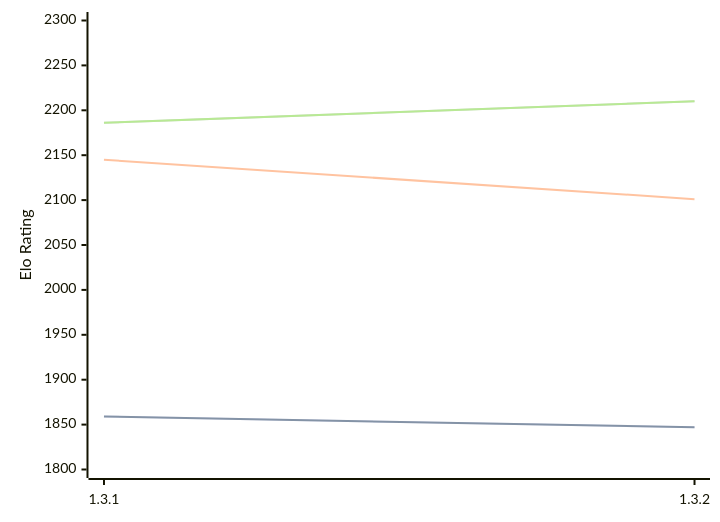
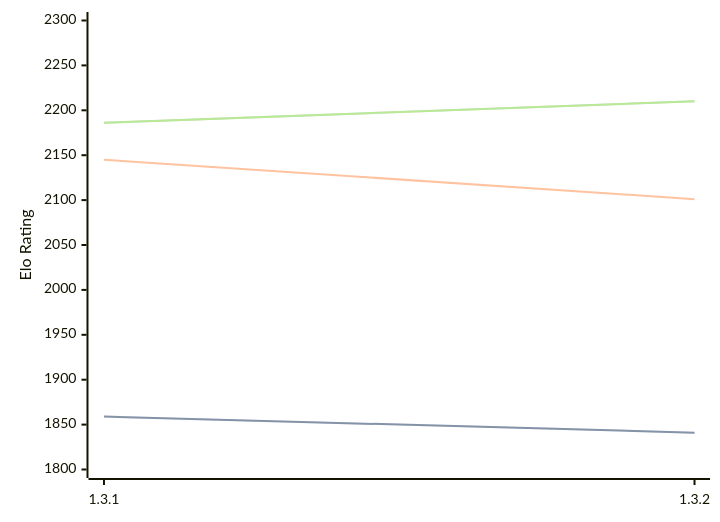
Before and after one commit to computer-chess-index/cci: the diagram in engines/Zugblitz.md, drawn with Mermaid. The commit also changed other lines of this file, not shown here.

````diff
--- a/engines/Zugblitz.md
+++ b/engines/Zugblitz.md
@@ -32,11 +32,11 @@
 ```mermaid
 %%{init: {"theme":"base","themeVariables":{"seriesColors:['#a3a3a3','#222221','#faa371']}}}%%
 xychart-beta
   x-axis ["1.3.1", "1.3.2"]
   y-axis "Elo Rating" 1800 --> 2300
-  line "" [1859, 1847]
-  line "STC (8.0+0.08s)" [1859, 1847]
+  line "" [1859, 1841]
+  line "STC (8.0+0.08s)" [1859, 1841]
   line "LTC (60.0+0.60s)" [2145, 2101]
   line "" [2186, 2210]
   line "VLTC (2m24s+1.12s)" [2186, 2210]
 ```
````
